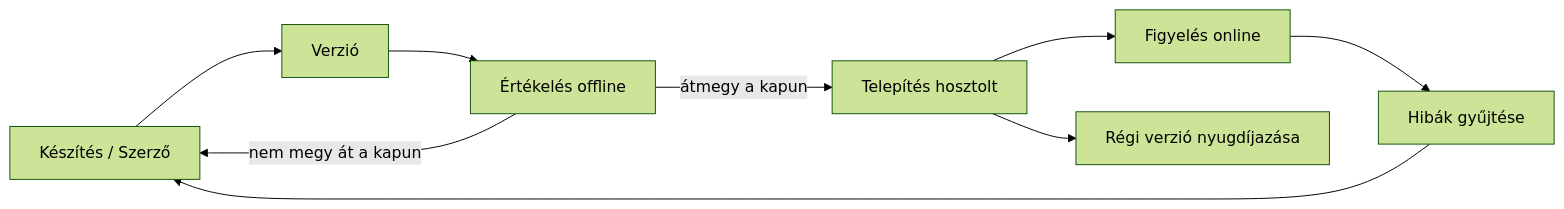
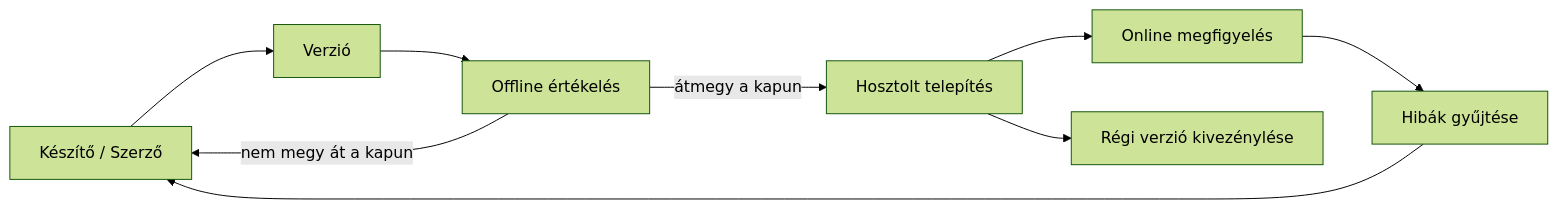
The second of 4 diagrams in mirrors/repos/microsoft@ai-agents-for-beginners/translations/hu/16-deploying-scalable-agents/README.md (gabrielmoreira/agent-skills-mirror), drawn with Mermaid (forest theme) before and after one commit. The commit also changed other lines of this file and 4262 other files, not shown here.

````diff
--- a/mirrors/repos/microsoft@ai-agents-for-beginners/translations/hu/16-deploying-scalable-agents/README.md
+++ b/mirrors/repos/microsoft@ai-agents-for-beginners/translations/hu/16-deploying-scalable-agents/README.md
@@ -108,11 +108,11 @@
 ```mermaid
 flowchart LR
-    Create[Készítés / Szerző] --> Version[Verzió]
-    Version --> Evaluate[Értékelés offline]
-    Evaluate -->|átmegy a kapun| Deploy[Telepítés hosztolt]
+    Create[Készítő / Szerző] --> Version[Verzió]
+    Version --> Evaluate[Offline értékelés]
+    Evaluate -->|átmegy a kapun| Deploy[Hosztolt telepítés]
     Evaluate -->|nem megy át a kapun| Create
-    Deploy --> Observe[Figyelés online]
+    Deploy --> Observe[Online megfigyelés]
     Observe --> Improve[Hibák gyűjtése]
     Improve --> Create
-    Deploy --> Retire[Régi verzió nyugdíjazása]
+    Deploy --> Retire[Régi verzió kivezénylése]
 ```
````
